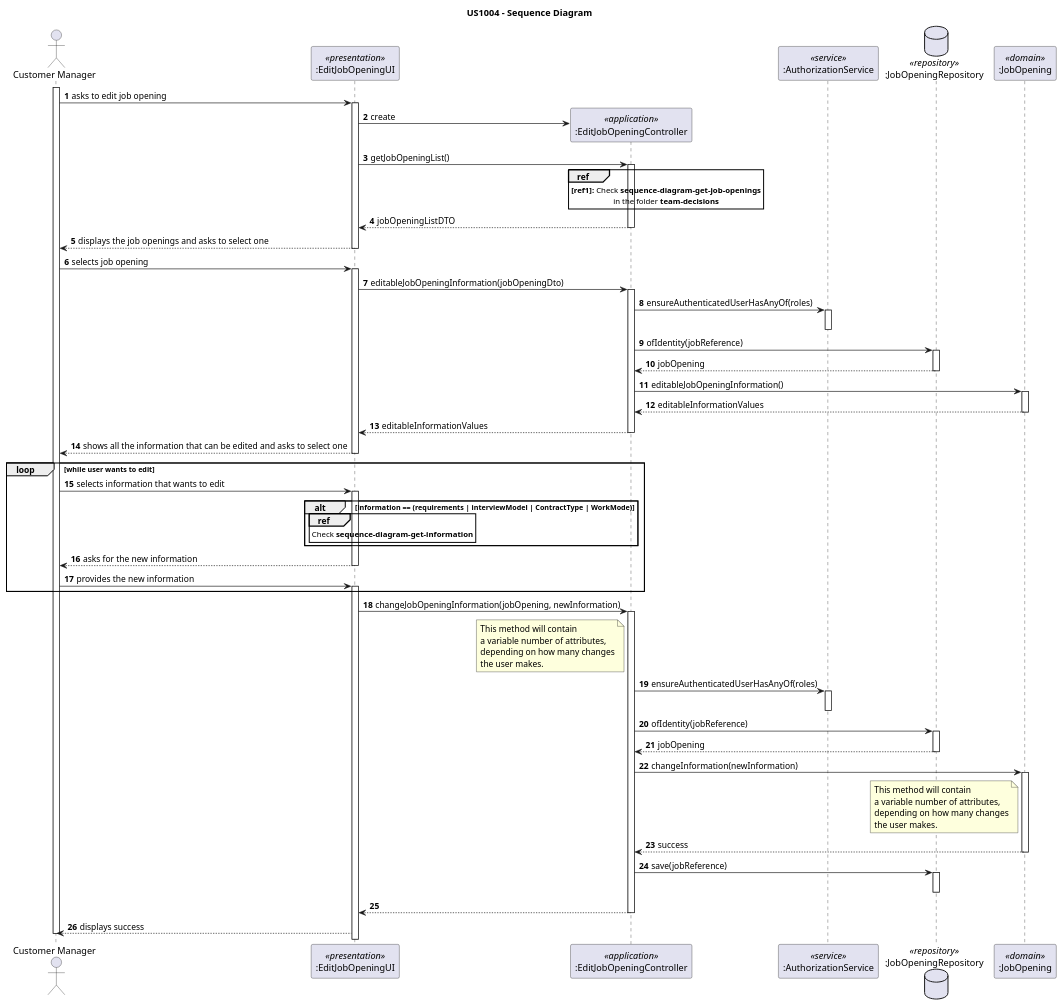
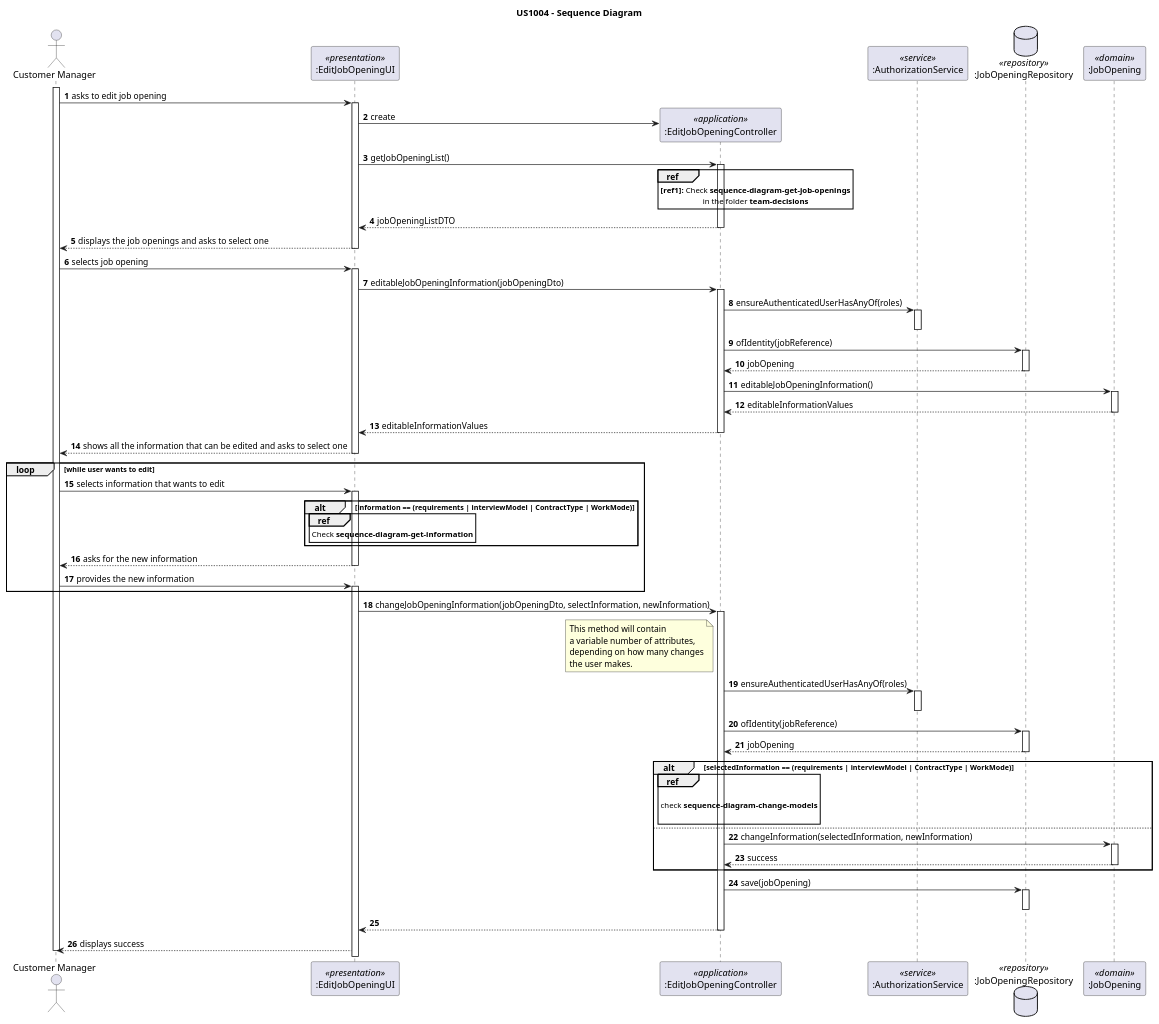
The diagram in docs/sprint-c/us_1004/design-diagrams/sequence-diagram.puml (rita-barbosa/LAPR4-2324), drawn with PlantUML before and after one commit. The commit also changed 6 other files, not shown here.

Commit message:
docs: updates sequence and class diagram of us1004. [closes #249]

```diff
--- a/docs/sprint-c/us_1004/design-diagrams/sequence-diagram.puml
+++ b/docs/sprint-c/us_1004/design-diagrams/sequence-diagram.puml
@@ -1,129 +1,132 @@
 @startuml
 'https://plantuml.com/sequence-diagram
 
 title US1004 - Sequence Diagram
 
 autonumber
 
 actor "Customer Manager" as USER
 participant ":EditJobOpeningUI" as UI <<presentation>>
 participant ":EditJobOpeningController" as CTRL <<application>>
 participant ":AuthorizationService" as AUTHZ <<service>>
 database ":JobOpeningRepository" as JO_REPO <<repository>>
 participant ":JobOpening" as JO <<domain>>
 
 activate USER
 
 USER -> UI : asks to edit job opening
 activate UI
 
 UI -> CTRL**: create
 
 UI -> CTRL : getJobOpeningList()
 activate CTRL
 
 ref over CTRL
 **[ref1]:** Check **sequence-diagram-get-job-openings**
 in the folder **team-decisions**
 end ref
 
 CTRL --> UI: jobOpeningListDTO
 deactivate CTRL
 
 UI --> USER : displays the job openings and asks to select one
 deactivate UI
 
 
 USER -> UI : selects job opening
 activate UI
 
     UI -> CTRL: editableJobOpeningInformation(jobOpeningDto)
     activate CTRL
 
     CTRL -> AUTHZ:  ensureAuthenticatedUserHasAnyOf(roles)
     activate AUTHZ
     deactivate AUTHZ
 
     CTRL -> JO_REPO: ofIdentity(jobReference)
     activate JO_REPO
 
     JO_REPO --> CTRL: jobOpening
     deactivate JO_REPO
 
     CTRL -> JO : editableJobOpeningInformation()
     activate JO
 
     JO --> CTRL: editableInformationValues
     deactivate JO
 
     CTRL --> UI: editableInformationValues
     deactivate CTRL
 
 
 UI --> USER : shows all the information that can be edited and asks to select one
 deactivate UI
 
 loop while user wants to edit
     USER -> UI : selects information that wants to edit
     activate UI
 
     alt information == (requirements | interviewModel | ContractType | WorkMode)
 
         ref over UI
             Check **sequence-diagram-get-information**
         end ref
     end alt
 
     UI --> USER : asks for the new information
     deactivate UI
 
     USER -> UI: provides the new information
     activate UI
 end loop
 
-    UI -> CTRL: changeJobOpeningInformation(jobOpening, newInformation)
+    UI -> CTRL: changeJobOpeningInformation(jobOpeningDto, selectInformation, newInformation)
     activate CTRL
 
         note left CTRL
         This method will contain
         a variable number of attributes,
         depending on how many changes
         the user makes.
         end note
 
     CTRL -> AUTHZ:  ensureAuthenticatedUserHasAnyOf(roles)
     activate AUTHZ
     deactivate AUTHZ
 
     CTRL -> JO_REPO: ofIdentity(jobReference)
     activate JO_REPO
 
     JO_REPO --> CTRL: jobOpening
     deactivate JO_REPO
 
-    CTRL -> JO: changeInformation(newInformation)
+    alt selectedInformation == (requirements | interviewModel | ContractType | WorkMode)
+        ref over CTRL
+
+            check **sequence-diagram-change-models**
+
+        end ref
+    else
+
+    CTRL -> JO: changeInformation(selectedInformation, newInformation)
     activate JO
-
-        note left JO
-        This method will contain
-        a variable number of attributes,
-        depending on how many changes
-        the user makes.
-        end note
 
     JO --> CTRL: success
     deactivate JO
 
-    CTRL -> JO_REPO: save(jobReference)
+    end alt
+
+    CTRL -> JO_REPO: save(jobOpening)
     activate JO_REPO
     deactivate JO_REPO
 
 CTRL --> UI:
 deactivate CTRL
 
 UI --> USER: displays success
 
 deactivate USER
 
 
 @enduml
```
